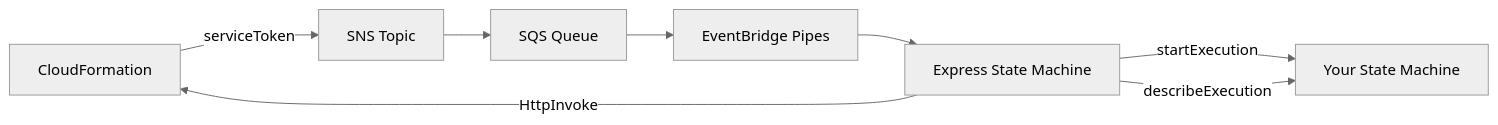
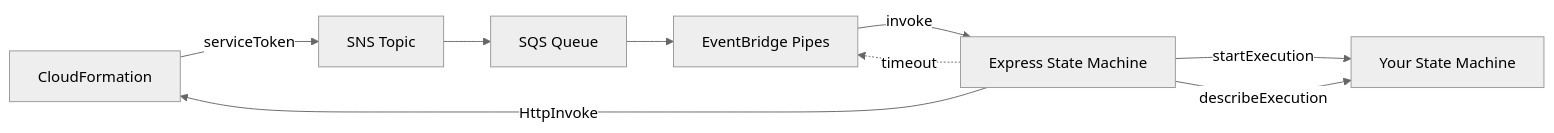
The diagram in README.md (WinterYukky/aws-cdk-lambdaless-custom-resource), drawn with Mermaid (neutral theme) before and after one commit.

Commit message:
docs: show retry flow in architecture diagram

````diff
--- a/README.md
+++ b/README.md
@@ -11,10 +11,11 @@
 ```mermaid
 graph LR
     CFn[CloudFormation] -->|serviceToken| SNS[SNS Topic]
     SNS --> SQS[SQS Queue]
     SQS --> Pipes[EventBridge Pipes]
-    Pipes --> Express[Express State Machine]
+    Pipes -->|invoke| Express[Express State Machine]
     Express -->|startExecution| Standard[Your State Machine]
     Express -->|describeExecution| Standard
     Express -->|HttpInvoke| CFn
+    Express -.->|timeout| Pipes
 ```
````
